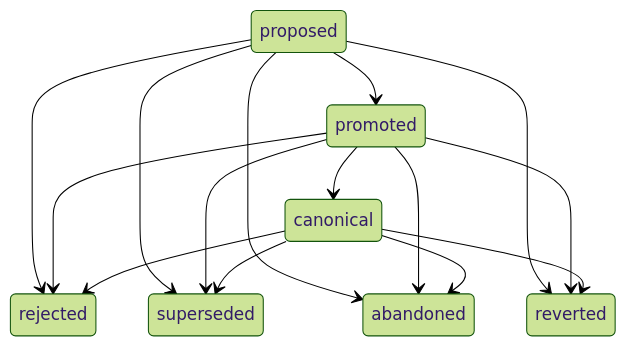
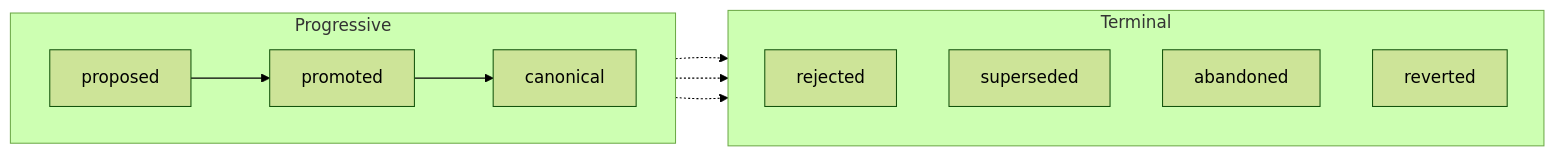
Before and after one commit to shapes-fyi/shapes: the third of 3 diagrams in README.md, drawn with Mermaid (forest theme).

Commit message:
Clean up lifecycle diagram with subgraphs (#14)
Replace 12-edge spaghetti stateDiagram with a flowchart using subgraphs.
Progressive states flow linearly, terminal states are grouped, and three
dashed edges convey that any progressive state can reach any terminal state.

````diff
--- a/README.md
+++ b/README.md
@@ -158,17 +158,16 @@
 ```mermaid
-stateDiagram-v2
-  proposed --> promoted
-  promoted --> canonical
-  proposed --> rejected
-  proposed --> superseded
-  proposed --> abandoned
-  proposed --> reverted
-  promoted --> rejected
-  promoted --> superseded
-  promoted --> abandoned
-  promoted --> reverted
-  canonical --> rejected
-  canonical --> superseded
-  canonical --> abandoned
-  canonical --> reverted
+flowchart LR
+  subgraph Progressive
+    direction LR
+    proposed --> promoted --> canonical
+  end
+  subgraph Terminal
+    rejected
+    superseded
+    abandoned
+    reverted
+  end
+  proposed -.-> Terminal
+  promoted -.-> Terminal
+  canonical -.-> Terminal
 ```
````
